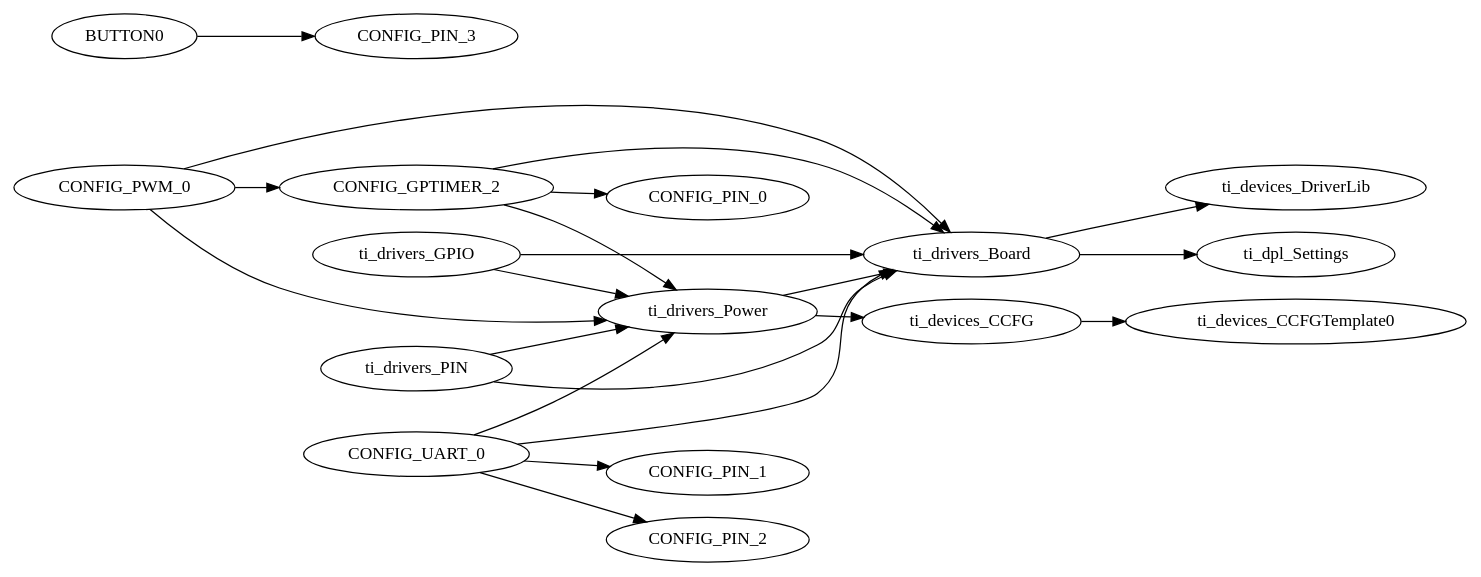
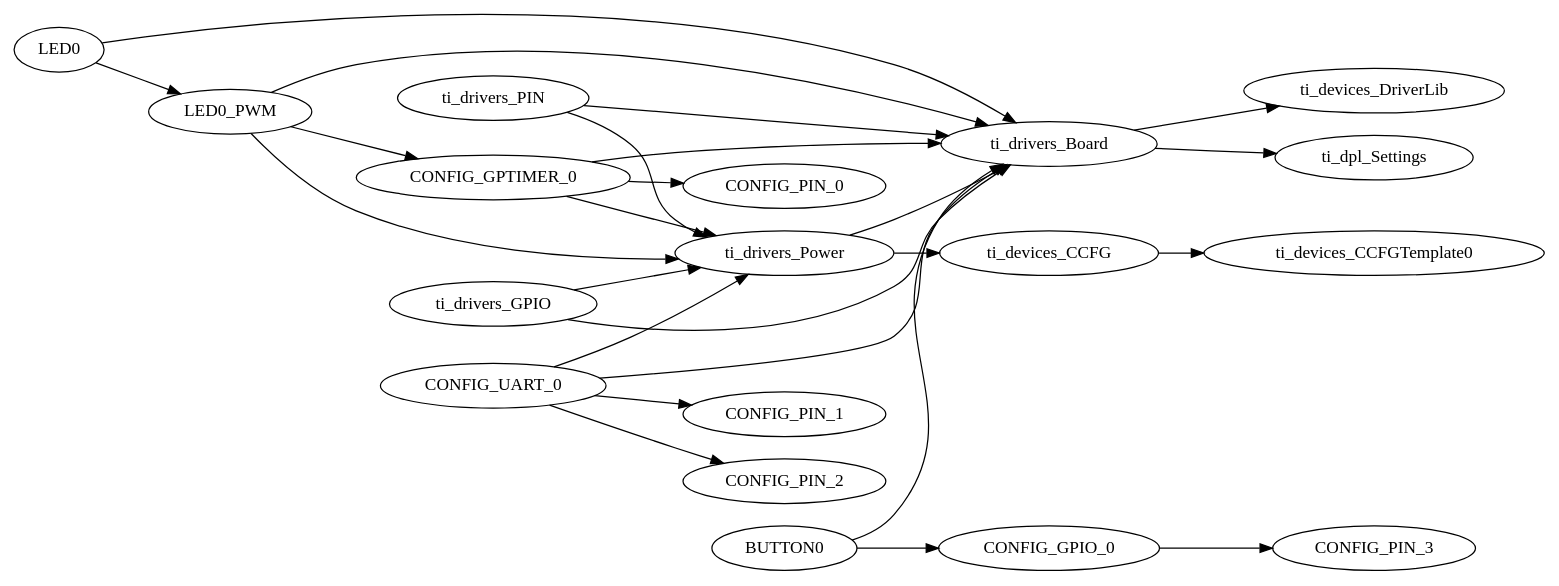
Before and after one commit to AgnivoKeus/TiRTOS_training: the diagram in hello_CC26X2R1_LAUNCHXL_tirtos_ccs/Debug/syscfg/ti_utils_runtime_model.gv, drawn with Graphviz. The commit also changed 75 other files, not shown here.

Commit message:
LED,Button, UART implementation complete

```diff
--- a/hello_CC26X2R1_LAUNCHXL_tirtos_ccs/Debug/syscfg/ti_utils_runtime_model.gv
+++ b/hello_CC26X2R1_LAUNCHXL_tirtos_ccs/Debug/syscfg/ti_utils_runtime_model.gv
@@ -1,48 +1,56 @@
 digraph Model
 {
     graph[rankdir=LR]
 
     // mod.$name=/ti/devices/CCFG
     ti_devices_CCFG -> ti_devices_CCFGTemplate0
 
     // mod.$name=/ti/devices/CCFGTemplate
 
     // mod.$name=/ti/devices/DriverLib
 
     // mod.$name=/ti/dpl/Settings
 
     // mod.$name=/ti/drivers/Board
     ti_drivers_Board -> ti_devices_DriverLib
     ti_drivers_Board -> ti_dpl_Settings
 
     // mod.$name=/ti/drivers/GPIO
     ti_drivers_GPIO -> ti_drivers_Power
     ti_drivers_GPIO -> ti_drivers_Board
-    BUTTON0 -> CONFIG_PIN_3
+    CONFIG_GPIO_0 -> CONFIG_PIN_3
 
     // mod.$name=/ti/drivers/PIN
     ti_drivers_PIN -> ti_drivers_Power
     ti_drivers_PIN -> ti_drivers_Board
 
     // mod.$name=/ti/drivers/PWM
-    CONFIG_PWM_0 -> ti_drivers_Power
-    CONFIG_PWM_0 -> ti_drivers_Board
-    CONFIG_PWM_0 -> CONFIG_GPTIMER_2
+    LED0_PWM -> ti_drivers_Power
+    LED0_PWM -> ti_drivers_Board
+    LED0_PWM -> CONFIG_GPTIMER_0
 
     // mod.$name=/ti/drivers/Power
     ti_drivers_Power -> ti_devices_CCFG
     ti_drivers_Power -> ti_drivers_Board
 
     // mod.$name=/ti/drivers/RTOS
 
     // mod.$name=/ti/drivers/UART
     CONFIG_UART_0 -> ti_drivers_Power
     CONFIG_UART_0 -> ti_drivers_Board
     CONFIG_UART_0 -> CONFIG_PIN_1
     CONFIG_UART_0 -> CONFIG_PIN_2
 
+    // mod.$name=/ti/drivers/apps/Button
+    BUTTON0 -> ti_drivers_Board
+    BUTTON0 -> CONFIG_GPIO_0
+
+    // mod.$name=/ti/drivers/apps/LED
+    LED0 -> ti_drivers_Board
+    LED0 -> LED0_PWM
+
     // mod.$name=/ti/drivers/timer/GPTimerCC26XX
-    CONFIG_GPTIMER_2 -> ti_drivers_Power
-    CONFIG_GPTIMER_2 -> ti_drivers_Board
-    CONFIG_GPTIMER_2 -> CONFIG_PIN_0
+    CONFIG_GPTIMER_0 -> ti_drivers_Power
+    CONFIG_GPTIMER_0 -> ti_drivers_Board
+    CONFIG_GPTIMER_0 -> CONFIG_PIN_0
 }
```
